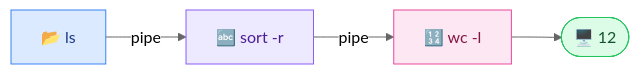
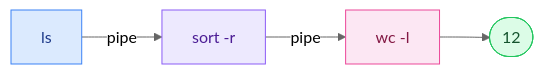
One commit to GoobyWoobies/HEIA-IT changed the third of 3 diagrams in methodologie-securite-it/linux/05-redirections-pipes.md. Above: the diagram before and after it, drawn with Mermaid (neutral theme). The commit also changed other lines of this file and 24 other files, not shown here.

````diff
--- a/methodologie-securite-it/linux/05-redirections-pipes.md
+++ b/methodologie-securite-it/linux/05-redirections-pipes.md
@@ -206,9 +206,9 @@
 ```mermaid
 flowchart LR
-    A["📂 ls"] -->|"pipe"| B["🔤 sort -r"] -->|"pipe"| C["🔢 wc -l"] --> D(["🖥️ 12"])
+    A["ls"] -->|"pipe"| B["sort -r"] -->|"pipe"| C["wc -l"] --> D(["12"])
 
     style A fill:#dbeafe,stroke:#3b82f6,color:#1e3a8a
     style B fill:#ede9fe,stroke:#8b5cf6,color:#4c1d95
     style C fill:#fce7f3,stroke:#ec4899,color:#831843
     style D fill:#dcfce7,stroke:#22c55e,color:#14532d
 ```
````
